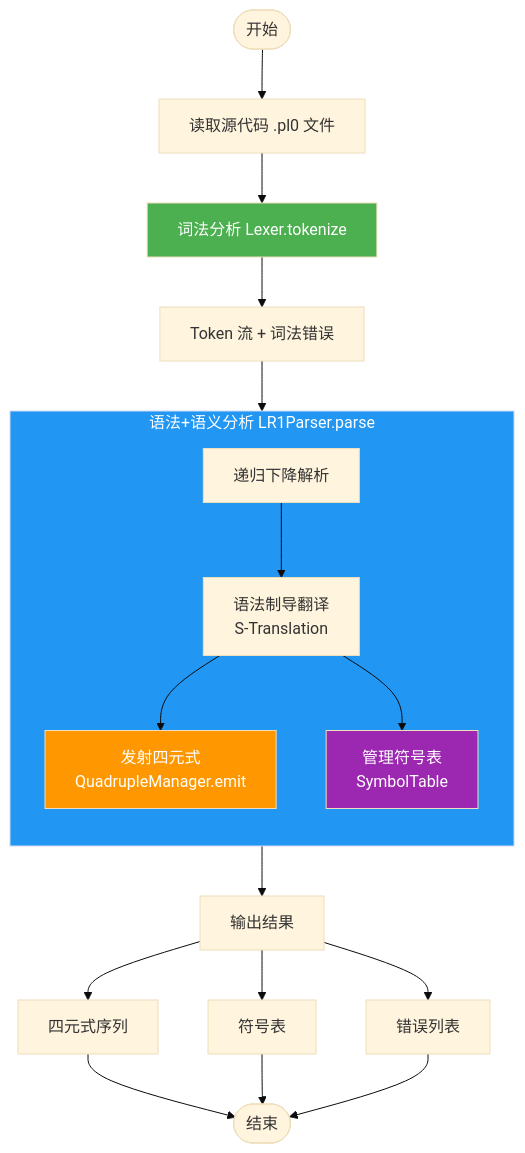
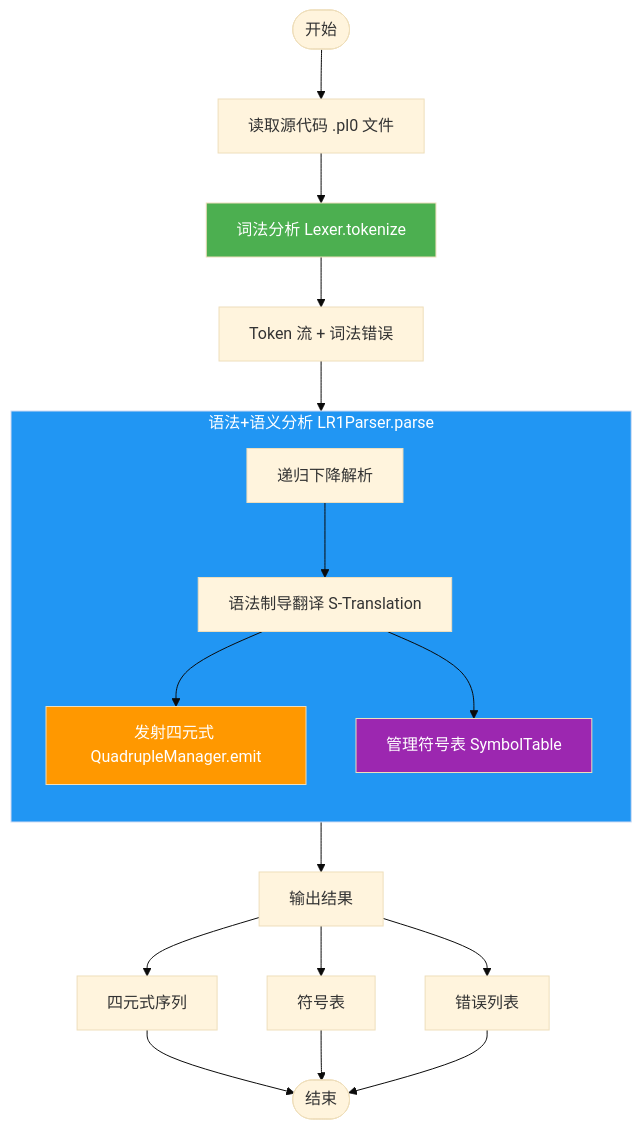
Before and after one commit to sayzwx/L--PL-0: the first of 11 diagrams in Docs/设计流程图.md, drawn with Mermaid (base theme). The commit also changed other lines of this file and 2 other files, not shown here.

Commit message:
简化 Mermaid 流程图：拆分复杂图表，移除 \\n 改用 text

````diff
--- a/Docs/设计流程图.md
+++ b/Docs/设计流程图.md
@@ -10,27 +10,27 @@
 ```mermaid
 flowchart TD
     Start([开始]) --> Read[读取源代码 .pl0 文件]
     Read --> Lexer[词法分析 Lexer.tokenize]
     Lexer --> TokenStream[Token 流 + 词法错误]
     TokenStream --> Parser[语法+语义分析 LR1Parser.parse]
     
     subgraph Parser[语法+语义分析 LR1Parser.parse]
         direction TB
-        PD[递归下降解析] --> SA[语法制导翻译\nS-Translation]
-        SA --> QM[发射四元式\nQuadrupleManager.emit]
-        SA --> ST[管理符号表\nSymbolTable]
+        PD[递归下降解析] --> SA[语法制导翻译 S-Translation]
+        SA --> QM[发射四元式 QuadrupleManager.emit]
+        SA --> ST[管理符号表 SymbolTable]
     end
     
     Parser --> Output[输出结果]
     Output --> Quads[四元式序列]
     Output --> SymTable[符号表]
     Output --> Errors[错误列表]
     Quads --> End([结束])
     SymTable --> End
     Errors --> End
 
     style Lexer fill:#4CAF50,color:#fff
     style Parser fill:#2196F3,color:#fff
     style QM fill:#FF9800,color:#fff
     style ST fill:#9C27B0,color:#fff
 ```
````
